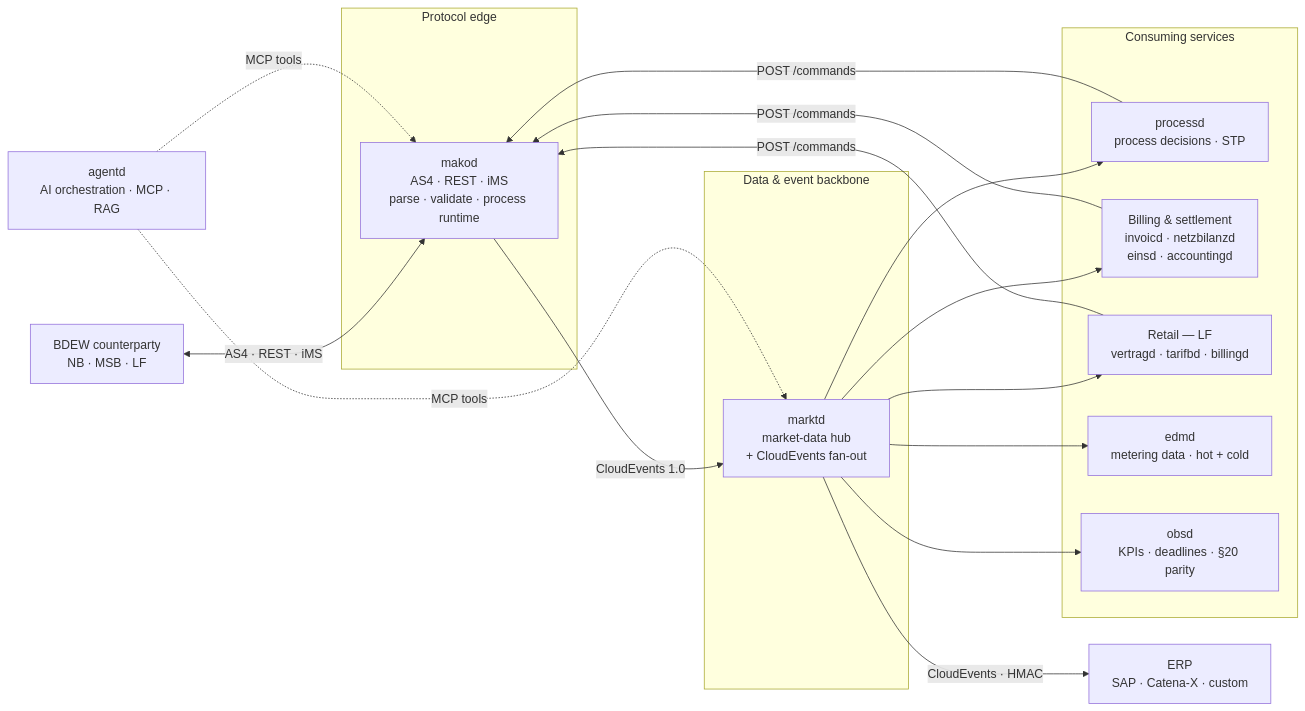
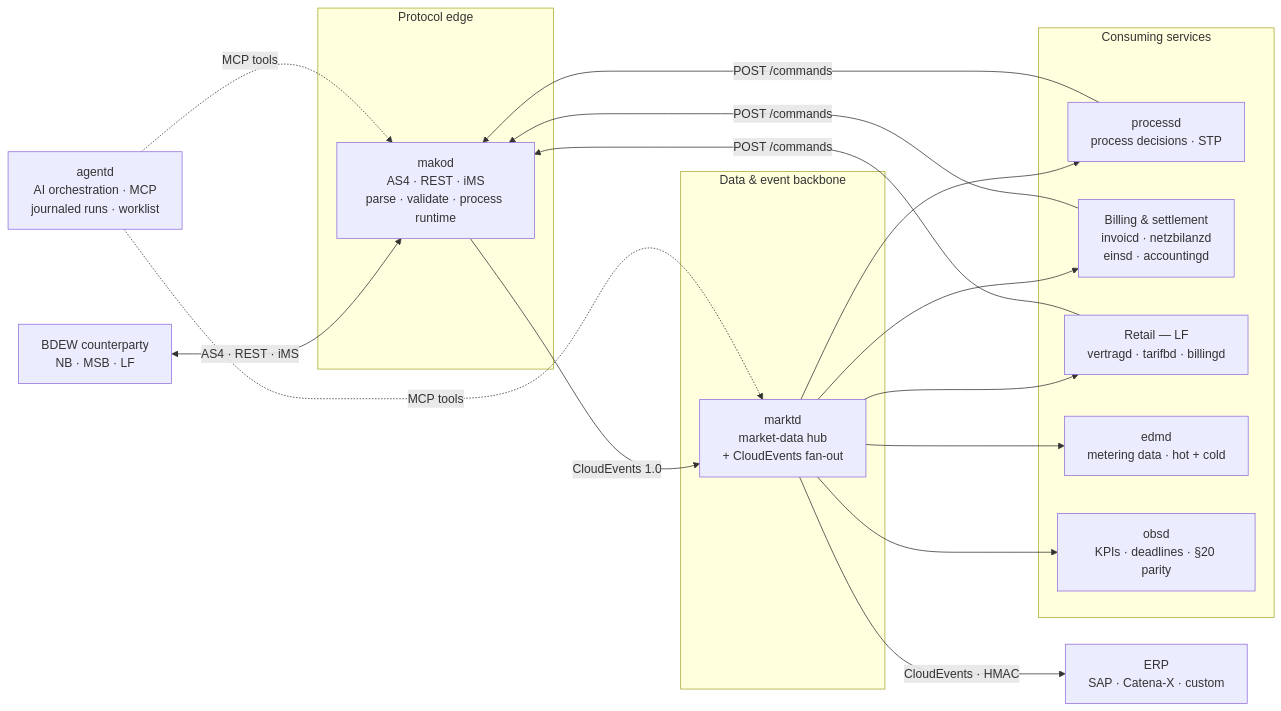
Before and after one commit to hupe1980/mako: the first of 5 diagrams in site/content/docs/architecture/_index.md, drawn with Mermaid. The commit also changed other lines of this file and 66 other files, not shown here.

````diff
--- a/site/content/docs/architecture/_index.md
+++ b/site/content/docs/architecture/_index.md
@@ -45,31 +45,31 @@
 ```mermaid
 graph LR
     EXT["BDEW counterparty<br/>NB · MSB · LF"]
     ERP["ERP<br/>SAP · Catena-X · custom"]
 
     subgraph edge ["Protocol edge"]
         MAKOD["makod<br/>AS4 · REST · iMS<br/>parse · validate · process runtime"]
     end
 
     subgraph backbone ["Data &amp; event backbone"]
         MARKTD["marktd<br/>market-data hub<br/>+ CloudEvents fan-out"]
     end
 
     subgraph consumers ["Consuming services"]
         PROC["processd<br/>process decisions · STP"]
         SETTLE["Billing &amp; settlement<br/>invoicd · netzbilanzd<br/>einsd · accountingd"]
         RETAIL["Retail — LF<br/>vertragd · tarifbd · billingd"]
         EDMD["edmd<br/>metering data · hot + cold"]
         OBSD["obsd<br/>KPIs · deadlines · §20 parity"]
     end
 
-    AGENTD["agentd<br/>AI orchestration · MCP · RAG"]
+    AGENTD["agentd<br/>AI orchestration · MCP<br/>journaled runs · worklist"]
 
     EXT <-->|"AS4 · REST · iMS"| MAKOD
     MAKOD -->|"CloudEvents 1.0"| MARKTD
     MARKTD --> PROC & SETTLE & EDMD & OBSD & RETAIL
     MARKTD -->|"CloudEvents · HMAC"| ERP
     PROC & SETTLE & RETAIL -->|"POST /commands"| MAKOD
     AGENTD -.->|"MCP tools"| MAKOD
     AGENTD -.->|"MCP tools"| MARKTD
 ```
````
